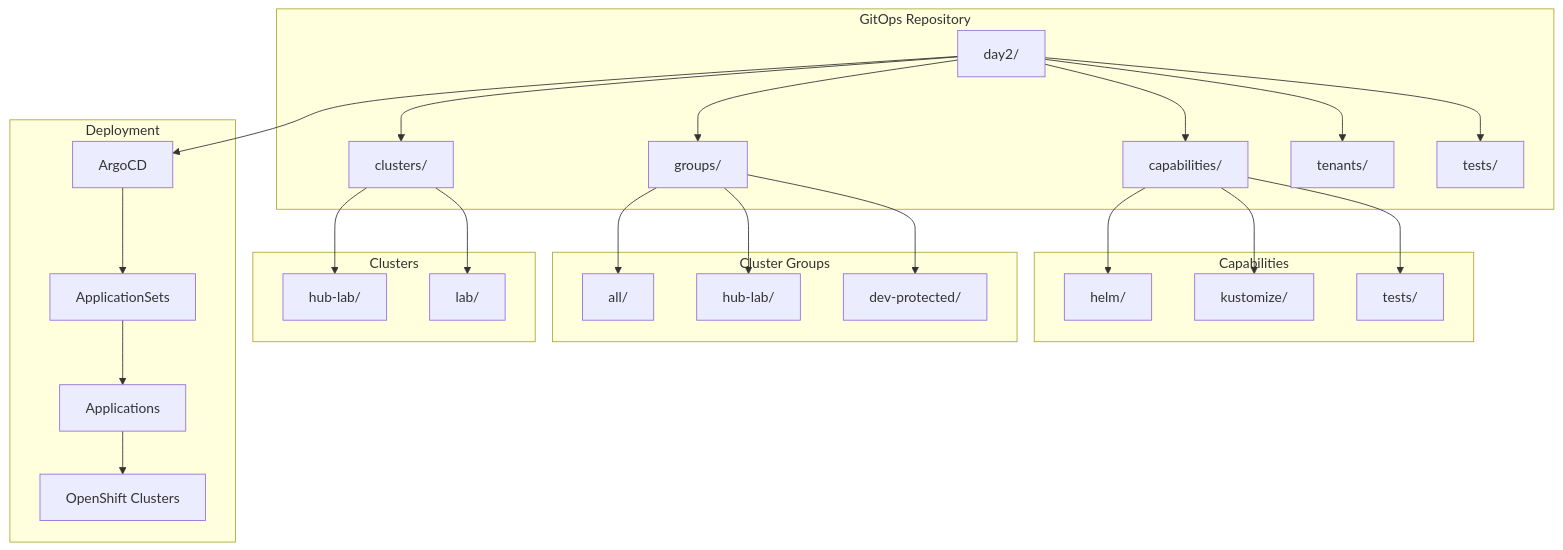
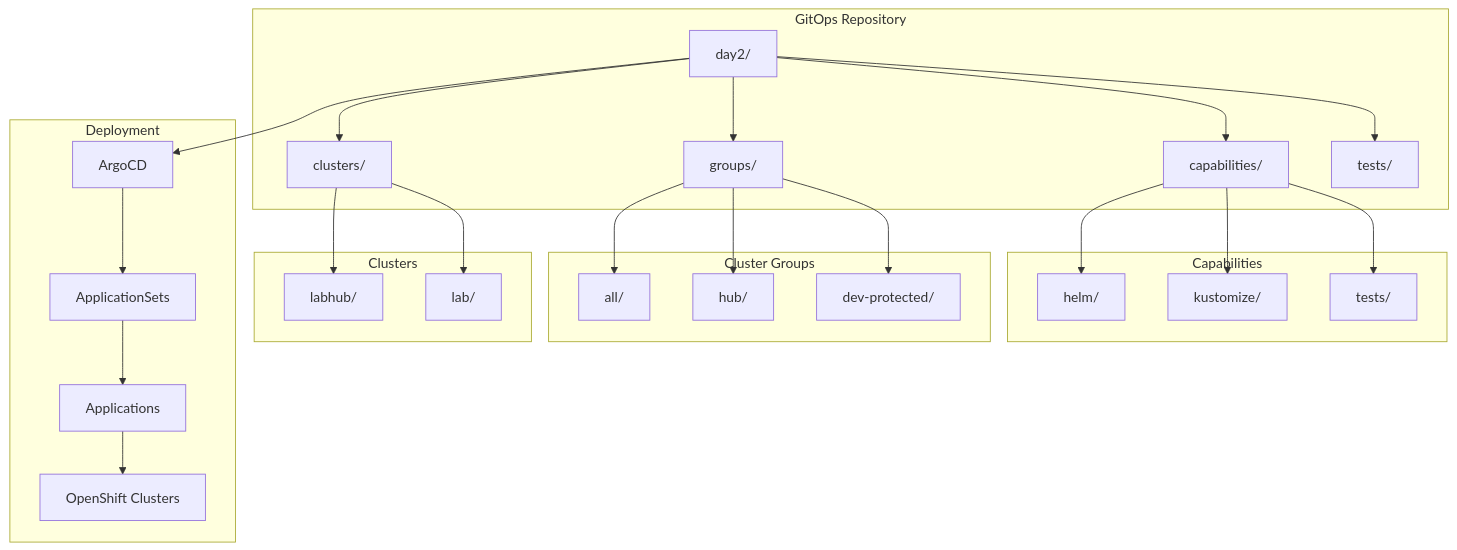
One commit to RHConsulting0/openshift-vsphere-ipi-install changed the diagram in day2/README.md. Above: the diagram before and after it, drawn with Mermaid. The commit also changed other lines of this file and 15 other files, not shown here.

````diff
--- a/day2/README.md
+++ b/day2/README.md
@@ -33,35 +33,34 @@
 ```mermaid
 graph TB
     subgraph "GitOps Repository"
         A[day2/] --> B[capabilities/]
         A --> C[groups/]
         A --> D[clusters/]
-        A --> E[tenants/]
-        A --> F[tests/]
+        A --> E[tests/]
     end
     
     subgraph "Capabilities"
         B --> G[helm/]
         B --> H[kustomize/]
         B --> I[tests/]
     end
     
     subgraph "Cluster Groups"
         C --> J[all/]
-        C --> K[hub-lab/]
+        C --> K[hub/]
         C --> L[dev-protected/]
     end
     
     subgraph "Clusters"
-        D --> M[hub-lab/]
+        D --> M[labhub/]
         D --> N[lab/]
     end
     
     subgraph "Deployment"
         O[ArgoCD] --> P[ApplicationSets]
         P --> Q[Applications]
         Q --> R[OpenShift Clusters]
     end
     
     A --> O
 ```
````
